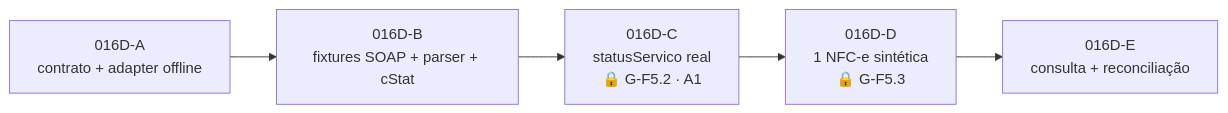
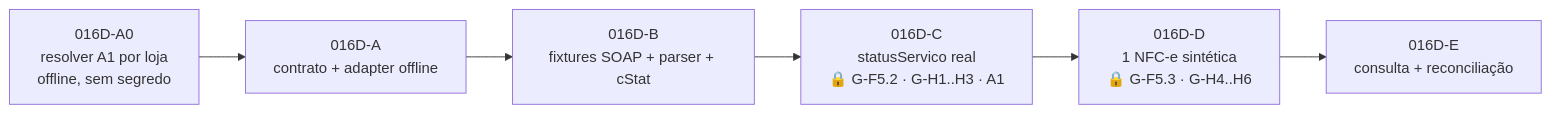
Before and after one commit to rafaelfaria49-png/omni-gestao-pro: the diagram in docs/fiscal/FISCAL_GOAL_016D_SEFAZ_ADAPTER_PLAN.md, drawn with Mermaid. The commit also changed other lines of this file and 2 other files, not shown here.

````diff
--- a/docs/fiscal/FISCAL_GOAL_016D_SEFAZ_ADAPTER_PLAN.md
+++ b/docs/fiscal/FISCAL_GOAL_016D_SEFAZ_ADAPTER_PLAN.md
@@ -594,7 +844,8 @@
 ```mermaid
 graph LR
-  A["016D-A<br/>contrato + adapter offline"] --> B["016D-B<br/>fixtures SOAP + parser + cStat"]
-  B --> C["016D-C<br/>statusServico real<br/>🔒 G-F5.2 · A1"]
-  C --> D["016D-D<br/>1 NFC-e sintética<br/>🔒 G-F5.3"]
+  A0["016D-A0<br/>resolver A1 por loja<br/>offline, sem segredo"] --> A["016D-A<br/>contrato + adapter offline"]
+  A --> B["016D-B<br/>fixtures SOAP + parser + cStat"]
+  B --> C["016D-C<br/>statusServico real<br/>🔒 G-F5.2 · G-H1..H3 · A1"]
+  C --> D["016D-D<br/>1 NFC-e sintética<br/>🔒 G-F5.3 · G-H4..H6"]
   D --> E["016D-E<br/>consulta + reconciliação"]
 ```
````
